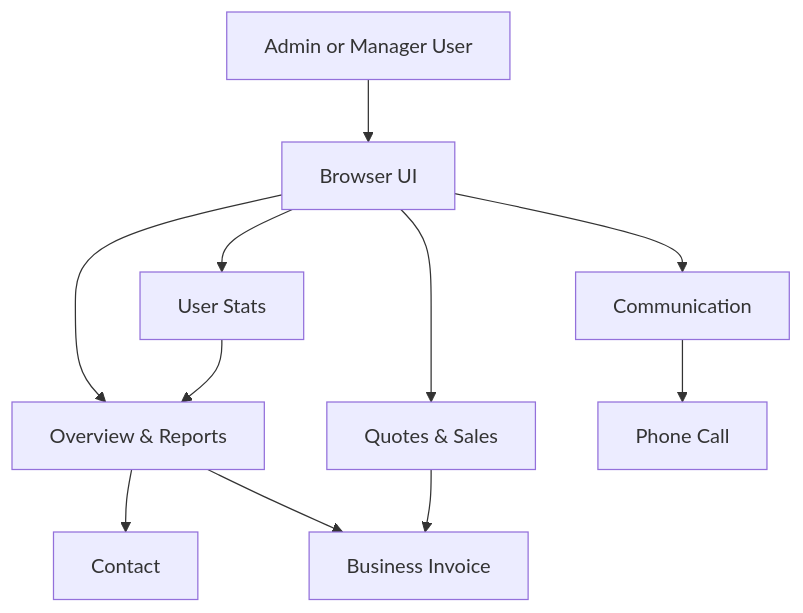
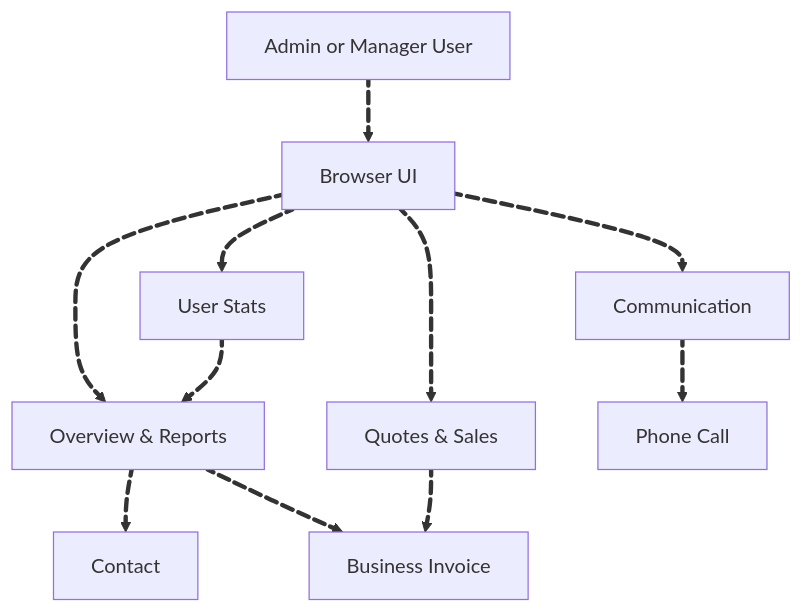
The first of 3 diagrams in TimeSheet/Teams_Report.md (Harshita-capsitech/EmailDocs), drawn with Mermaid before and after one commit. The commit also changed other lines of this file, not shown here.

Commit message:
Enhance DFD and Process Flow with animations
Updated the Data Flow Diagram and Process Flow sections with new animations and improved clarity. Adjusted the ER Diagram and frontend code reference for consistency.

````diff
--- a/TimeSheet/Teams_Report.md
+++ b/TimeSheet/Teams_Report.md
@@ -14,24 +14,35 @@
 ```mermaid
 flowchart TD
-    AdminUser["Admin or Manager User"]
-    UI["Browser UI"]
-    Reports["Overview & Reports"]
-    Communication["Communication"]
-    Sales["Quotes & Sales"]
-    UserStats["User Stats"]
-    
-    Contact["Contact"]
-    PhoneCall["Phone Call"]
-    BusinessInvoice["Business Invoice"]
+  AdminUser["Admin or Manager User"]
+  UI["Browser UI"]
+  Reports["Overview & Reports"]
+  Communication["Communication"]
+  Sales["Quotes & Sales"]
+  UserStats["User Stats"]
+  
+  Contact["Contact"]
+  PhoneCall["Phone Call"]
+  BusinessInvoice["Business Invoice"]
 
-    AdminUser --> UI
-    UI --> Reports
-    UI --> Communication
-    UI --> Sales
-    UI --> UserStats
-    Reports --> Contact
-    Reports --> BusinessInvoice
-    Communication --> PhoneCall
-    Sales --> BusinessInvoice
-    UserStats --> Reports
+  AdminUser e1@==> UI
+  UI e2@==> Reports
+  UI e3@==> Communication
+  UI e4@==> Sales
+  UI e5@==> UserStats
+  Reports e6@==> Contact
+  Reports e7@==> BusinessInvoice
+  Communication e8@==> PhoneCall
+  Sales e9@==> BusinessInvoice
+  UserStats e10@==> Reports
+
+  e1@{ animate: true }
+  e2@{ animate: true }
+  e3@{ animate: true }
+  e4@{ animate: true }
+  e5@{ animate: true }
+  e6@{ animate: true }
+  e7@{ animate: true }
+  e8@{ animate: true }
+  e9@{ animate: true }
+  e10@{ animate: true }
 ```
````
